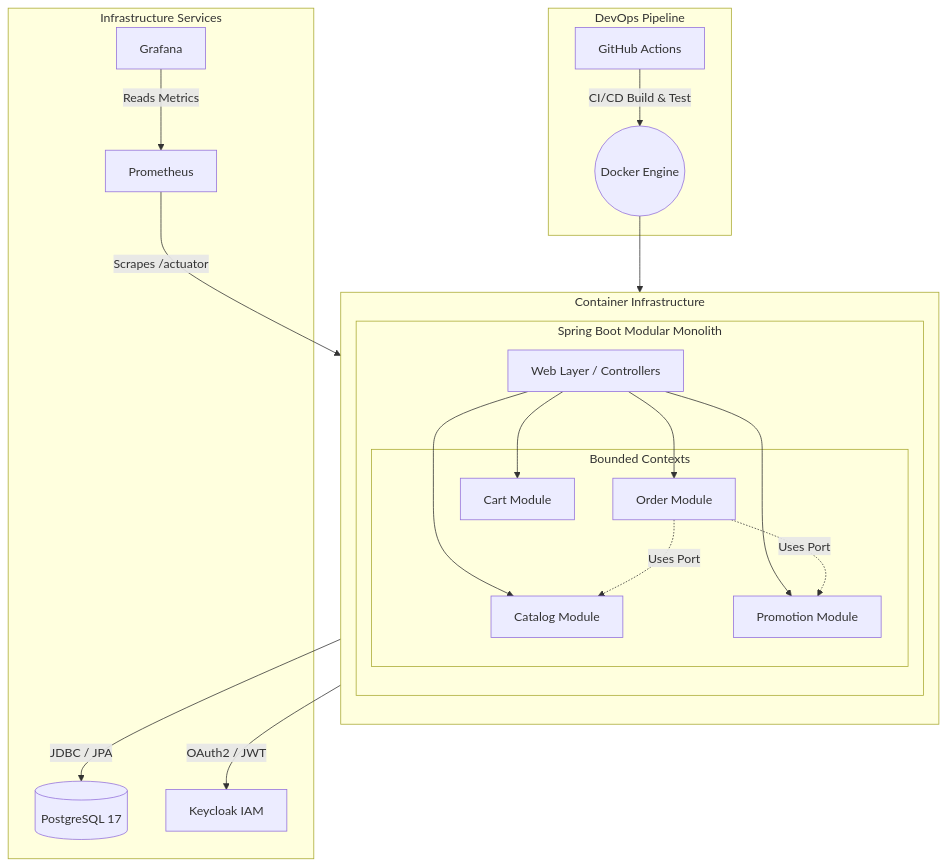
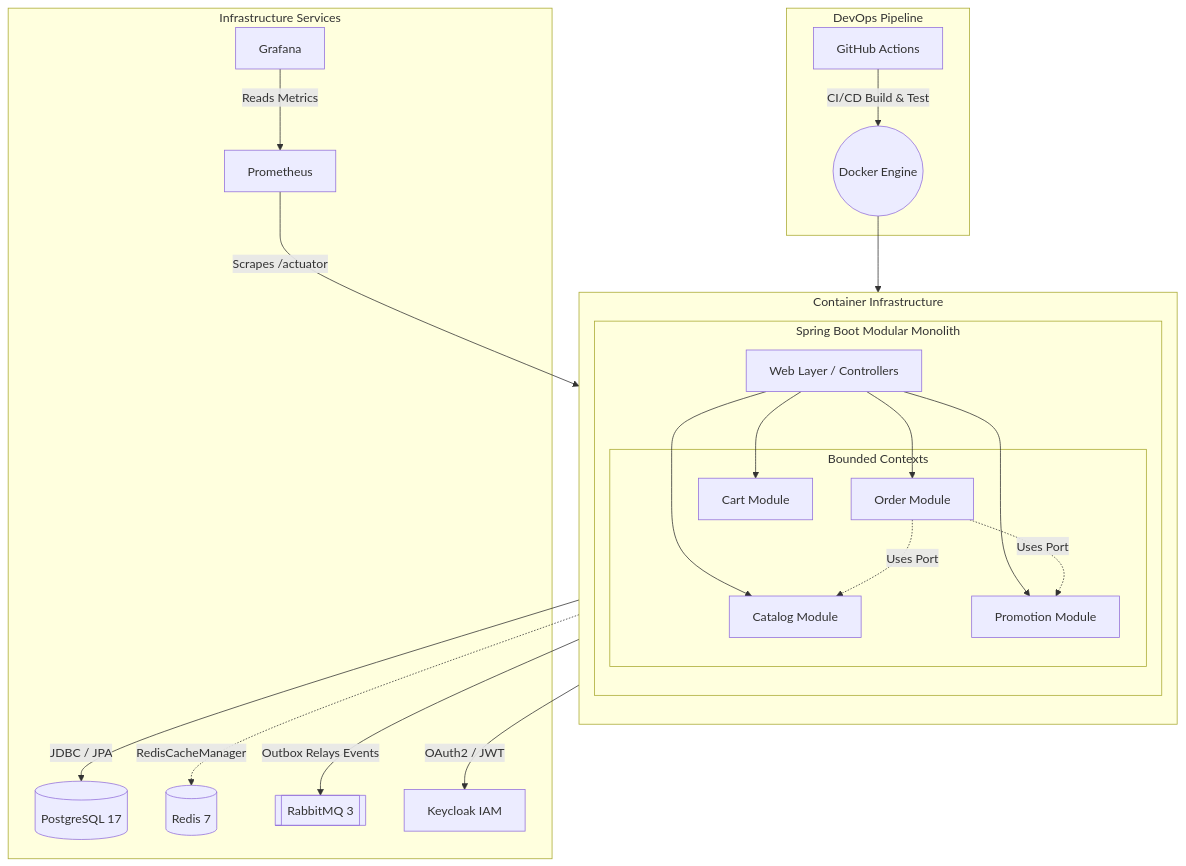
The first of 2 diagrams in README.md (PipMyCode/sbecomm-modernized), drawn with Mermaid before and after one commit. The commit also changed other lines of this file and 23 other files, not shown here.

````diff
--- a/README.md
+++ b/README.md
@@ -16,44 +16,48 @@
 ```mermaid
 graph TD
     subgraph DevOps Pipeline
         GH[GitHub Actions] --> |CI/CD Build & Test| Docker
     end
 
     subgraph Container Infrastructure
         direction TB
         Docker((Docker Engine))
         
         subgraph Spring Boot Modular Monolith
             API[Web Layer / Controllers]
             
             subgraph Bounded Contexts
                 Order[Order Module]
                 Cart[Cart Module]
                 Catalog[Catalog Module]
                 Promo[Promotion Module]
             end
             
             API --> Order
             API --> Cart
             API --> Catalog
             API --> Promo
             
             Order -.-> |Uses Port| Catalog
             Order -.-> |Uses Port| Promo
         end
         
         Docker --> API
     end
     
     subgraph Infrastructure Services
         DB[(PostgreSQL 17)]
+        CACHE[(Redis 7)]
+        MQ[[RabbitMQ 3]]
         IAM[Keycloak IAM]
         PROM[Prometheus]
         GRAF[Grafana]
     end
     
     API --> |JDBC / JPA| DB
     API --> |OAuth2 / JWT| IAM
+    API -.-> |RedisCacheManager| CACHE
+    Order --> |Outbox Relays Events| MQ
     PROM --> |Scrapes /actuator| API
     GRAF --> |Reads Metrics| PROM
 ```
````
